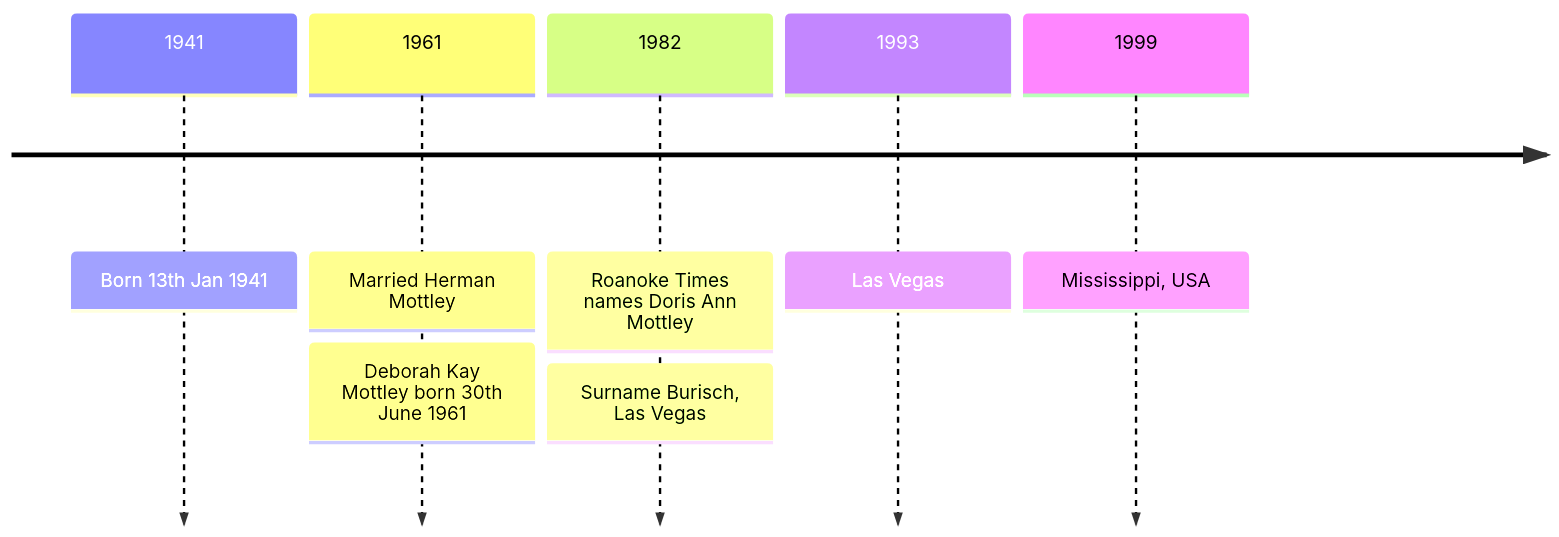
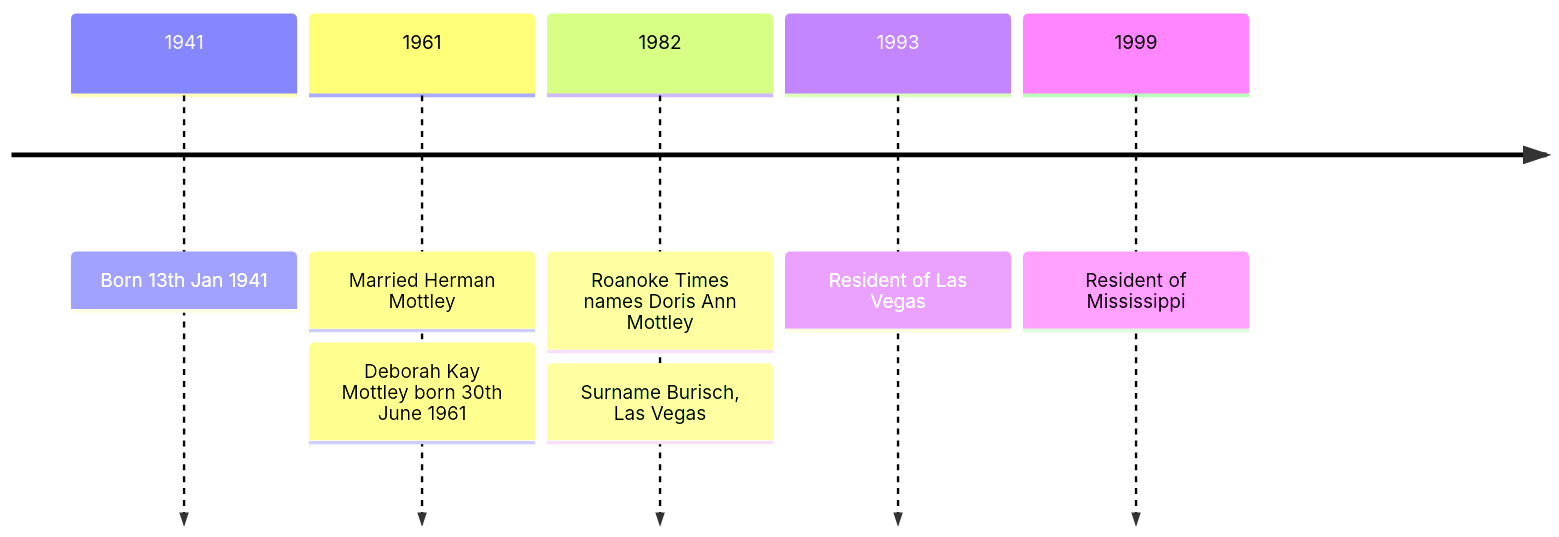
Before and after one commit to Black-Star-Institute/blackstar.github.io: the diagram in docs/people/huffman_doris.md, drawn with Mermaid. The commit also changed 3 other files, not shown here.

````diff
--- a/docs/people/huffman_doris.md
+++ b/docs/people/huffman_doris.md
@@ -23,10 +23,10 @@
 ```mermaid
 timeline
   1941 : Born 13th Jan 1941
   1961 : Married Herman Mottley
        : Deborah Kay Mottley born 30th June 1961
   1982 : Roanoke Times names Doris Ann Mottley
        : Surname Burisch, Las Vegas
-  1993 : Las Vegas
-  1999 : Mississippi, USA 
+  1993 : Resident of Las Vegas
+  1999 : Resident of Mississippi
 ```
````
